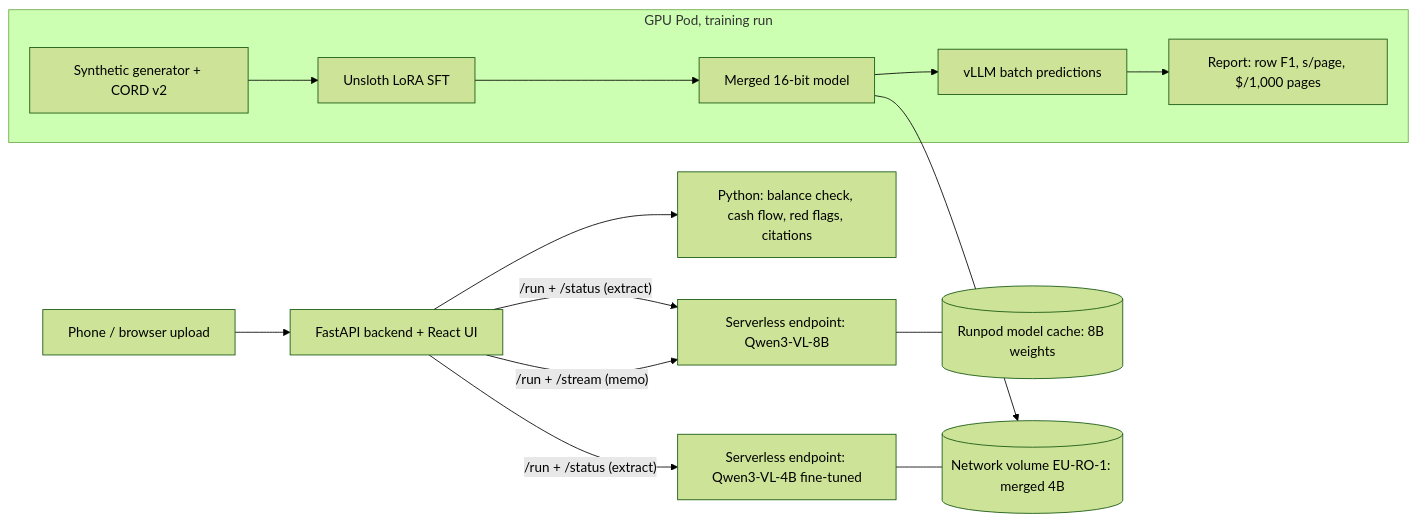
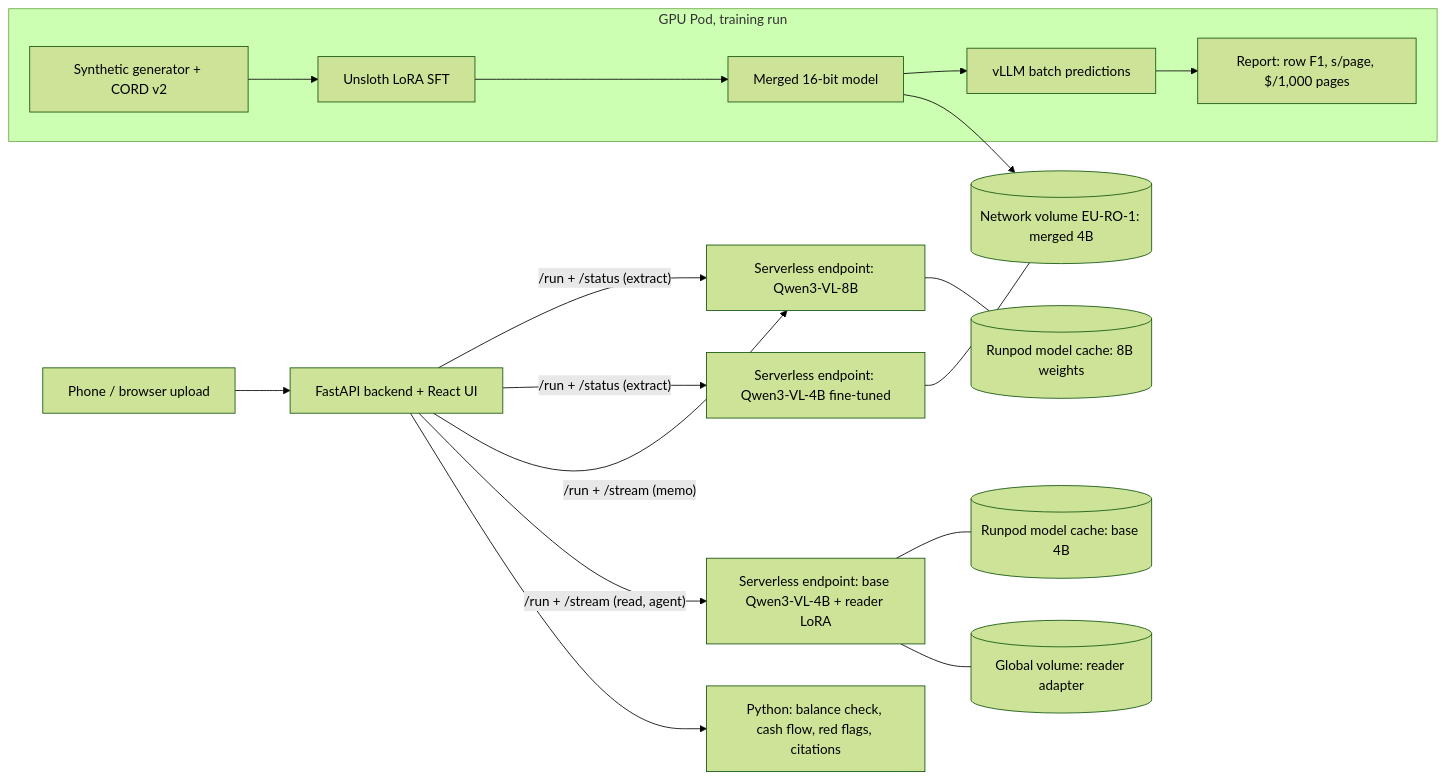
One commit to randyharrogates/runpod-ledgerlens changed the diagram in README.md. Above: the diagram before and after it, drawn with Mermaid (forest theme). The commit also changed other lines of this file and 3 other files, not shown here.

First line of the commit message:
docs: credit assistant, global volume, live agent results, lossless pages

````diff
--- a/README.md
+++ b/README.md
@@ -53,15 +66,18 @@
 ```mermaid
 flowchart LR
-  phone[Phone / browser upload] --> app[FastAPI backend + React UI]
-  app -- "/run + /status (extract)" --> ep8[Serverless endpoint: Qwen3-VL-8B]
-  app -- "/run + /status (extract)" --> epft[Serverless endpoint: Qwen3-VL-4B fine-tuned]
+  phone["Phone / browser upload"] --> app["FastAPI backend + React UI"]
+  app -- "/run + /status (extract)" --> ep8["Serverless endpoint: Qwen3-VL-8B"]
+  app -- "/run + /status (extract)" --> epft["Serverless endpoint: Qwen3-VL-4B fine-tuned"]
   app -- "/run + /stream (memo)" --> ep8
-  ep8 --- cache[(Runpod model cache: 8B weights)]
-  epft --- vol[(Network volume EU-RO-1: merged 4B)]
-  app --> rules[Python: balance check, cash flow, red flags, citations]
-  subgraph Pod[GPU Pod, training run]
-    gen[Synthetic generator + CORD v2] --> sft[Unsloth LoRA SFT] --> merged[Merged 16-bit model]
-    merged --> pred[vLLM batch predictions] --> report[Report: row F1, s/page, $/1,000 pages]
+  app -- "/run + /stream (read, agent)" --> epagent["Serverless endpoint: base Qwen3-VL-4B + reader LoRA"]
+  epagent --- cache4[("Runpod model cache: base 4B")]
+  epagent --- globalvol[("Global volume: reader adapter")]
+  ep8 --- cache[("Runpod model cache: 8B weights")]
+  epft --- vol[("Network volume EU-RO-1: merged 4B")]
+  app --> rules["Python: balance check, cash flow, red flags, citations"]
+  subgraph Pod["GPU Pod, training run"]
+    gen["Synthetic generator + CORD v2"] --> sft["Unsloth LoRA SFT"] --> merged["Merged 16-bit model"]
+    merged --> pred["vLLM batch predictions"] --> report["Report: row F1, s/page, $/1,000 pages"]
   end
   merged --> vol
 ```
````
